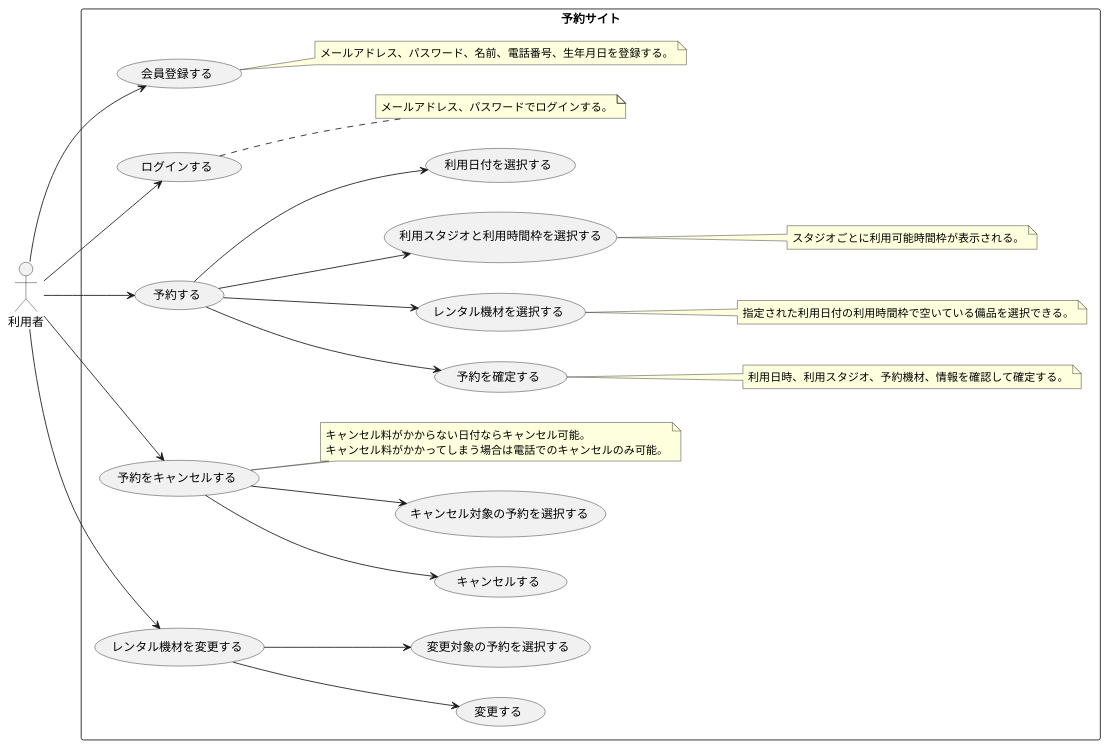
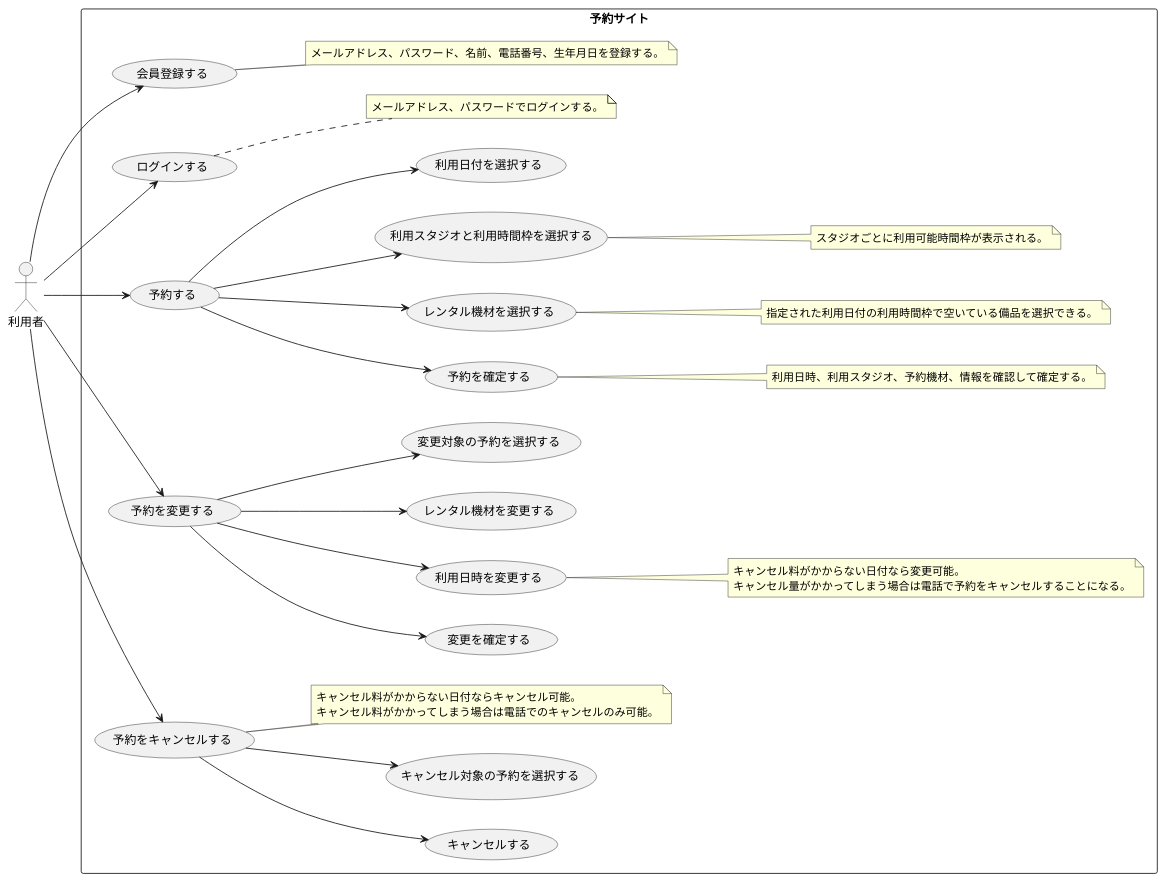
One commit to TakashiOnawa/ddd-practice-studio-reservation changed the diagram in modeling/05_Usecase_Web予約.pu. Above: the diagram before and after it, drawn with PlantUML. The commit also changed 13 other files, not shown here.

```diff
--- a/modeling/05_Usecase_Web予約.pu
+++ b/modeling/05_Usecase_Web予約.pu
@@ -1,51 +1,58 @@
 @startuml Usecase
 
 left to right direction
 
 actor 利用者
 
 rectangle 予約サイト {
     利用者 --> (会員登録する)
     利用者 --> (ログインする)
 
     利用者 --> (予約する)
     (予約する) --> (予約を確定する)
     (予約する) --> (レンタル機材を選択する)
     (予約する) --> (利用スタジオと利用時間枠を選択する)
     (予約する) --> (利用日付を選択する)
 
     note right of (会員登録する)
     メールアドレス、パスワード、名前、電話番号、生年月日を登録する。
     end note
 
     note right of (ログインする)
     メールアドレス、パスワードでログインする。
     end note
 
     note right of (利用スタジオと利用時間枠を選択する)
     スタジオごとに利用可能時間枠が表示される。
     end note
 
     note right of (レンタル機材を選択する)
     指定された利用日付の利用時間枠で空いている備品を選択できる。
     end note
     
     note right of (予約を確定する)
     利用日時、利用スタジオ、予約機材、情報を確認して確定する。
     end note
 
+    利用者 --> (予約を変更する)
+    (予約を変更する) --> (変更を確定する)
+    (予約を変更する) --> (利用日時を変更する)
+    (予約を変更する) --> (レンタル機材を変更する)
+    (予約を変更する) --> (変更対象の予約を選択する)
+
+    note right of (利用日時を変更する)
+    キャンセル料がかからない日付なら変更可能。
+    キャンセル量がかかってしまう場合は電話で予約をキャンセルすることになる。
+    end note
+
     利用者 --> (予約をキャンセルする)
     (予約をキャンセルする) --> (キャンセルする)
     (予約をキャンセルする) --> (キャンセル対象の予約を選択する)
 
     note right of (予約をキャンセルする)
     キャンセル料がかからない日付ならキャンセル可能。
     キャンセル料がかかってしまう場合は電話でのキャンセルのみ可能。
     end note
-
-    利用者 --> (レンタル機材を変更する)
-    (レンタル機材を変更する) --> (変更する)
-    (レンタル機材を変更する) --> (変更対象の予約を選択する)
 }
 
 @enduml
```
